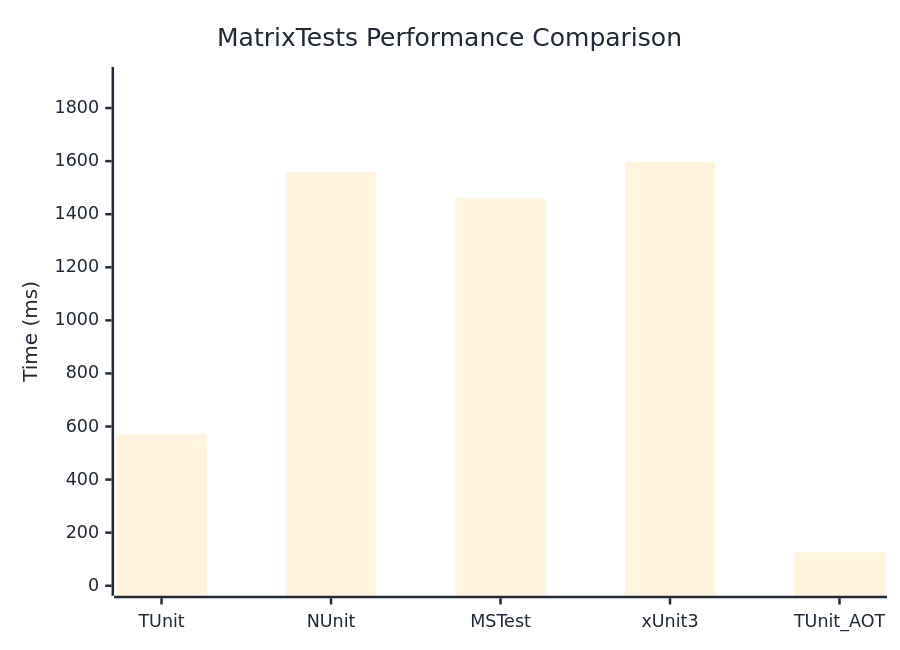
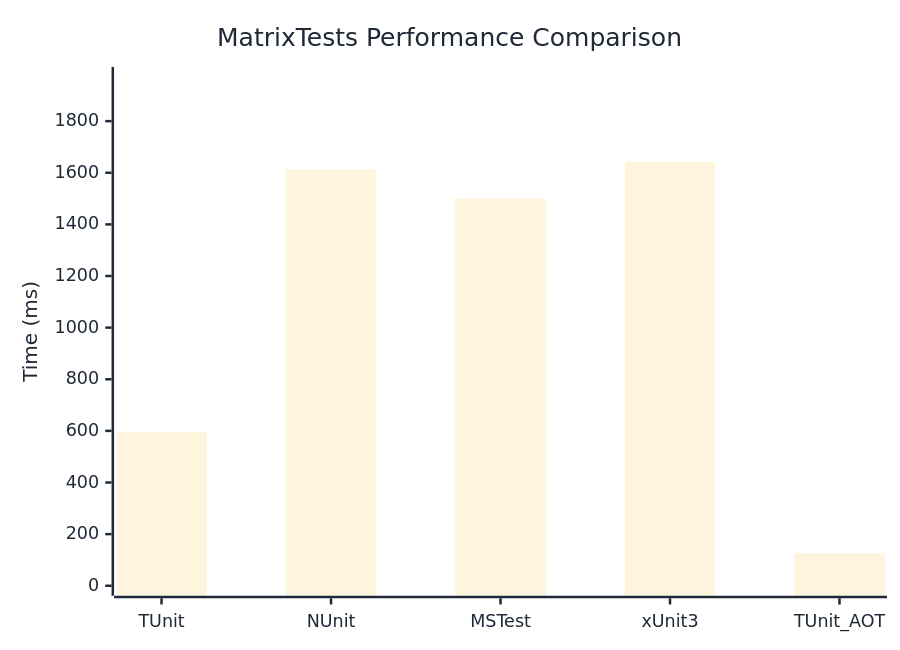
The diagram in docs/docs/benchmarks/MatrixTests.md (thomhurst/TUnit), drawn with Mermaid before and after one commit. The commit also changed other lines of this file and 17 other files, not shown here.

````diff
--- a/docs/docs/benchmarks/MatrixTests.md
+++ b/docs/docs/benchmarks/MatrixTests.md
@@ -27,37 +27,37 @@
 ```mermaid
 %%{init: {
   'theme':'base',
   'themeVariables': {
     'primaryColor': '#2563eb',
     'primaryTextColor': '#1f2937',
     'primaryBorderColor': '#1e40af',
     'lineColor': '#6b7280',
     'secondaryColor': '#7c3aed',
     'tertiaryColor': '#dc2626',
     'background': '#ffffff',
     'mainBkg': '#2563eb',
     'secondBkg': '#7c3aed',
     'tertiaryBkg': '#dc2626',
     'clusterBkg': '#f3f4f6',
     'edgeLabelBackground': '#ffffff',
     'tertiaryTextColor': '#1f2937',
     'pie1': '#2563eb',
     'pie2': '#7c3aed',
     'pie3': '#dc2626',
     'pie4': '#f59e0b',
     'pie5': '#10b981',
     'pie6': '#06b6d4',
     'pie7': '#ec4899',
     'pie8': '#6366f1',
     'pie9': '#84cc16',
     'pie10': '#f97316',
     'pie11': '#14b8a6',
     'pie12': '#a855f7'
   }
 }}%%
 xychart-beta
   title "MatrixTests Performance Comparison"
   x-axis ["TUnit", "NUnit", "MSTest", "xUnit3", "TUnit_AOT"]
-  y-axis "Time (ms)" 0 --> 1917
-  bar [570.9, 1558.5, 1460.6, 1596.7, 126.9]
+  y-axis "Time (ms)" 0 --> 1971
+  bar [596.9, 1612.5, 1500.4, 1642.1, 125.7]
 ```
````
